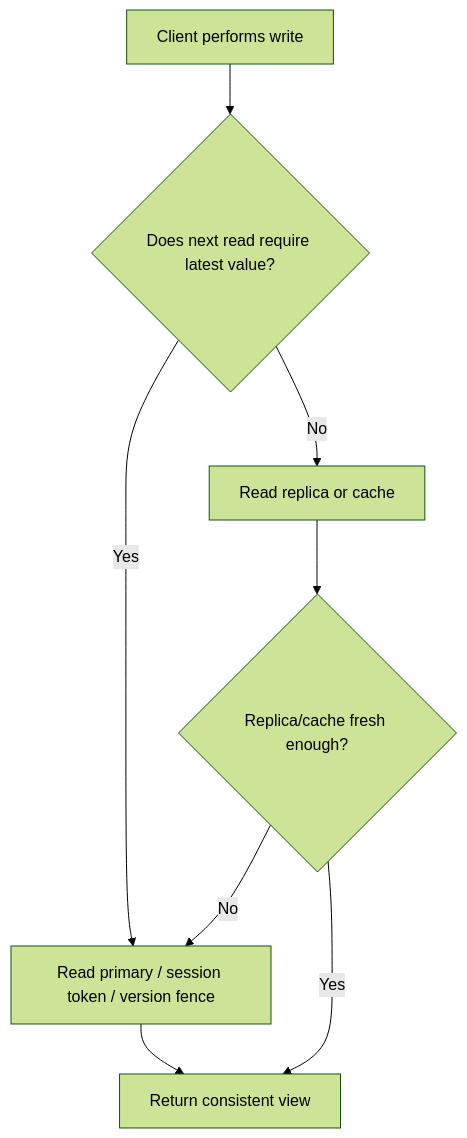
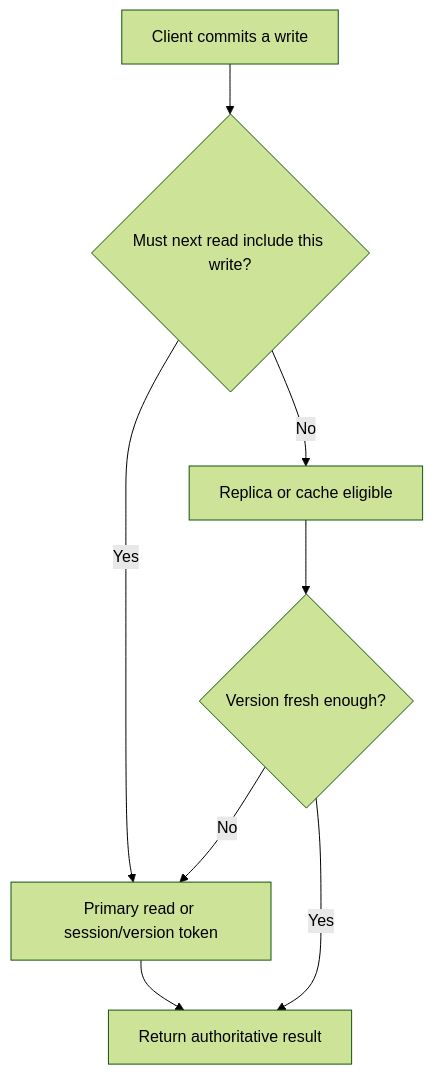
Before and after one commit to luckyhegde6/HLD_patterns: the second of 3 diagrams in fundamentals/consistency_models.md, drawn with Mermaid (forest theme). The commit also changed other lines of this file, not shown here.

Commit message:
docs: expand consistency_models.md with practical diagrams and examples

````diff
--- a/fundamentals/consistency_models.md
+++ b/fundamentals/consistency_models.md
@@ -34,10 +35,10 @@
 ```mermaid
 flowchart TD
-    A[Client performs write] --> B{Does next read require latest value?}
-    B -->|Yes| C[Read primary / session token / version fence]
-    B -->|No| D[Read replica or cache]
-    C --> E[Return consistent view]
-    D --> F{Replica/cache fresh enough?}
-    F -->|Yes| E
-    F -->|No| C
+  A[Client commits a write] --> B{Must next read include this write?}
+  B -->|Yes| C[Primary read or session/version token]
+  B -->|No| D[Replica or cache eligible]
+  C --> E[Return authoritative result]
+  D --> F{Version fresh enough?}
+  F -->|Yes| E
+  F -->|No| C
 ```
````
